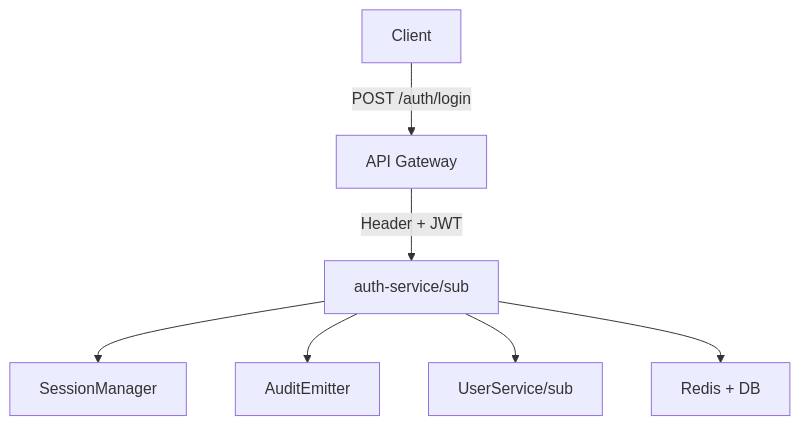
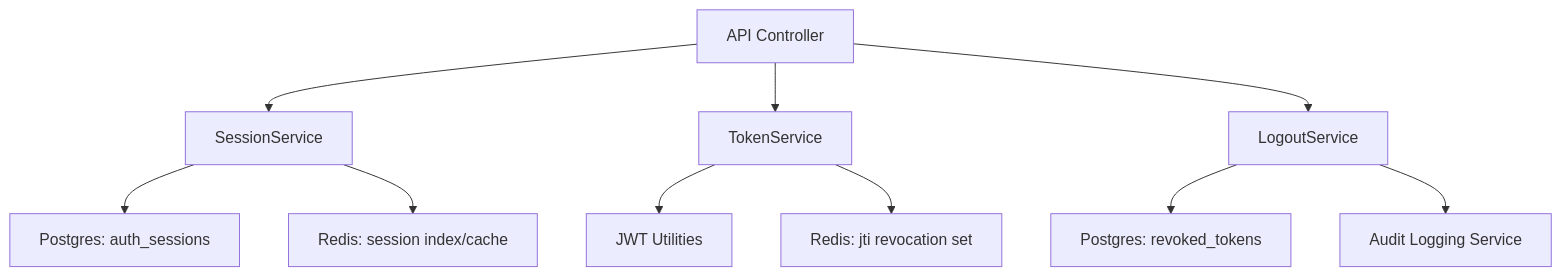
One commit to ezdesign-vn/dx-vas changed the seventh of 7 diagrams in docs/services/auth-service/sub/design.md. Above: the diagram before and after it, drawn with Mermaid. The commit also changed other lines of this file and 9 other files, not shown here.

````diff
--- a/docs/services/auth-service/sub/design.md
+++ b/docs/services/auth-service/sub/design.md
@@ -907,9 +966,12 @@
 ```mermaid
 flowchart TD
-    A[Client] -->|POST /auth/login| B[API Gateway]
-    B -->|Header + JWT| C[auth-service/sub]
-    C --> D[SessionManager]
-    C --> E[AuditEmitter]
-    C --> F[UserService/sub]
-    C --> G[Redis + DB]
+  A[API Controller] --> B1[SessionService]
+  A --> B2[TokenService]
+  A --> B3[LogoutService]
+  B1 --> C1[Postgres: auth_sessions]
+  B2 --> C2[JWT Utilities]
+  B3 --> C3[Postgres: revoked_tokens]
+  B1 --> D1[Redis: session index/cache]
+  B2 --> D2[Redis: jti revocation set]
+  B3 --> E1[Audit Logging Service]
 ```
````
